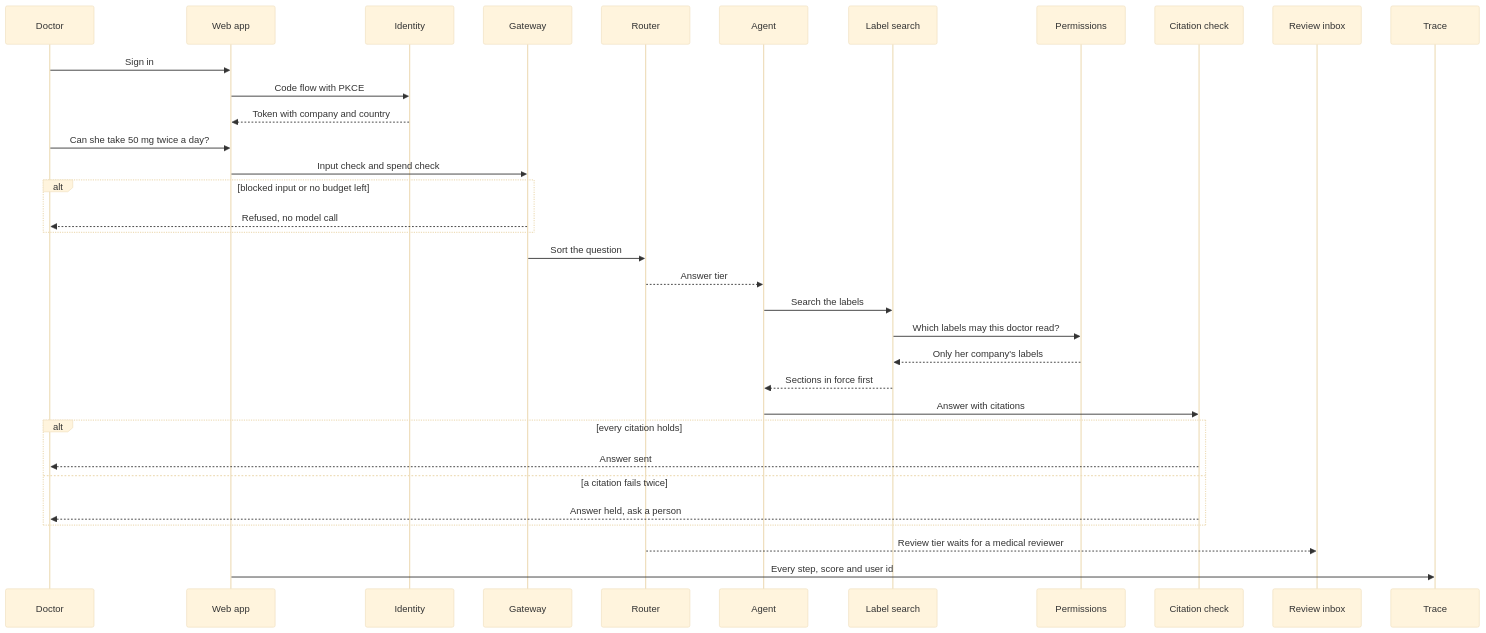
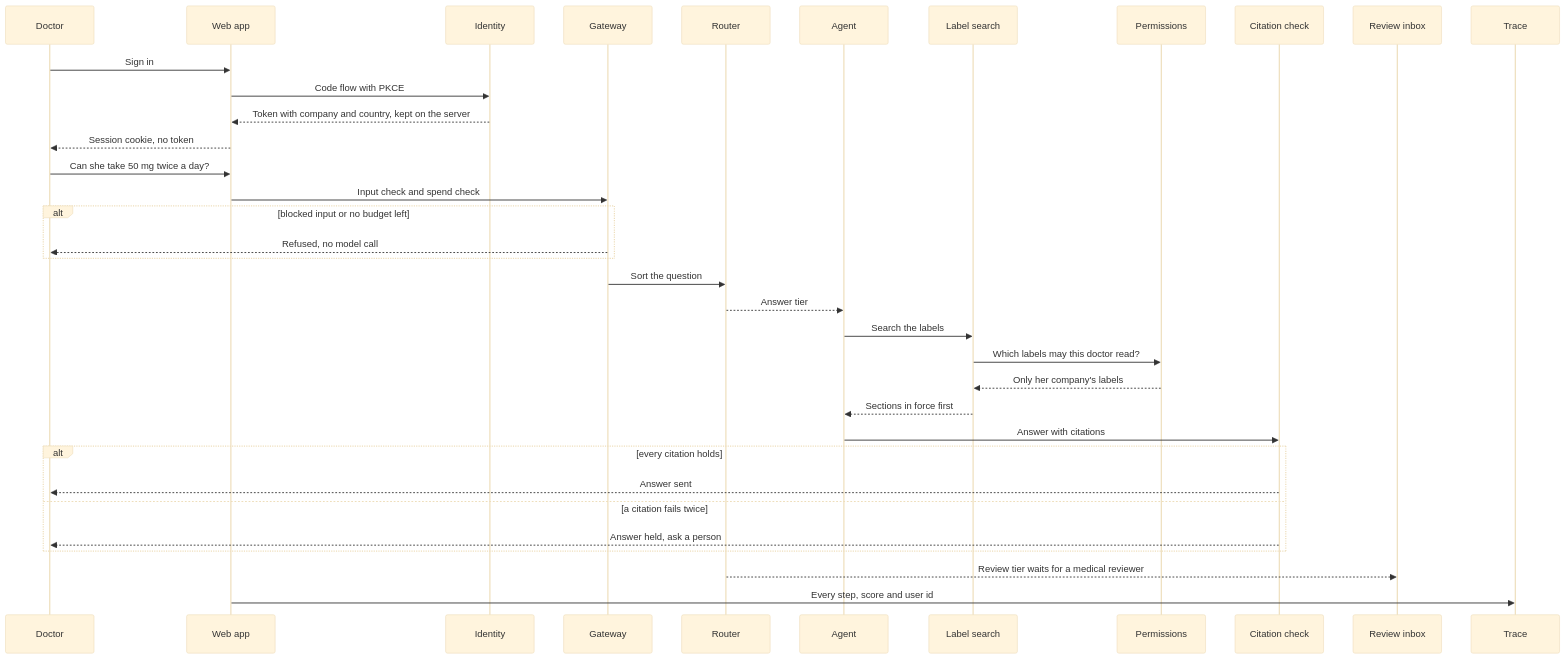
The first of 3 diagrams in docs/walkthrough.md (learnwithparam/agentic-ai-buildcamp), drawn with Mermaid (base theme) before and after one commit. The commit also changed other lines of this file and 45 other files, not shown here.

````diff
--- a/docs/walkthrough.md
+++ b/docs/walkthrough.md
@@ -41,36 +41,37 @@
 ```mermaid
 sequenceDiagram
     participant D as Doctor
     participant W as Web app
     participant I as Identity
     participant G as Gateway
     participant R as Router
     participant A as Agent
     participant S as Label search
     participant P as Permissions
     participant C as Citation check
     participant B as Review inbox
     participant T as Trace
     D->>W: Sign in
     W->>I: Code flow with PKCE
-    I-->>W: Token with company and country
+    I-->>W: Token with company and country, kept on the server
+    W-->>D: Session cookie, no token
     D->>W: Can she take 50 mg twice a day?
     W->>G: Input check and spend check
     alt blocked input or no budget left
         G-->>D: Refused, no model call
     end
     G->>R: Sort the question
     R-->>A: Answer tier
     A->>S: Search the labels
     S->>P: Which labels may this doctor read?
     P-->>S: Only her company's labels
     S-->>A: Sections in force first
     A->>C: Answer with citations
     alt every citation holds
         C-->>D: Answer sent
     else a citation fails twice
         C-->>D: Answer held, ask a person
     end
     R-->>B: Review tier waits for a medical reviewer
     W->>T: Every step, score and user id
 ```
````
